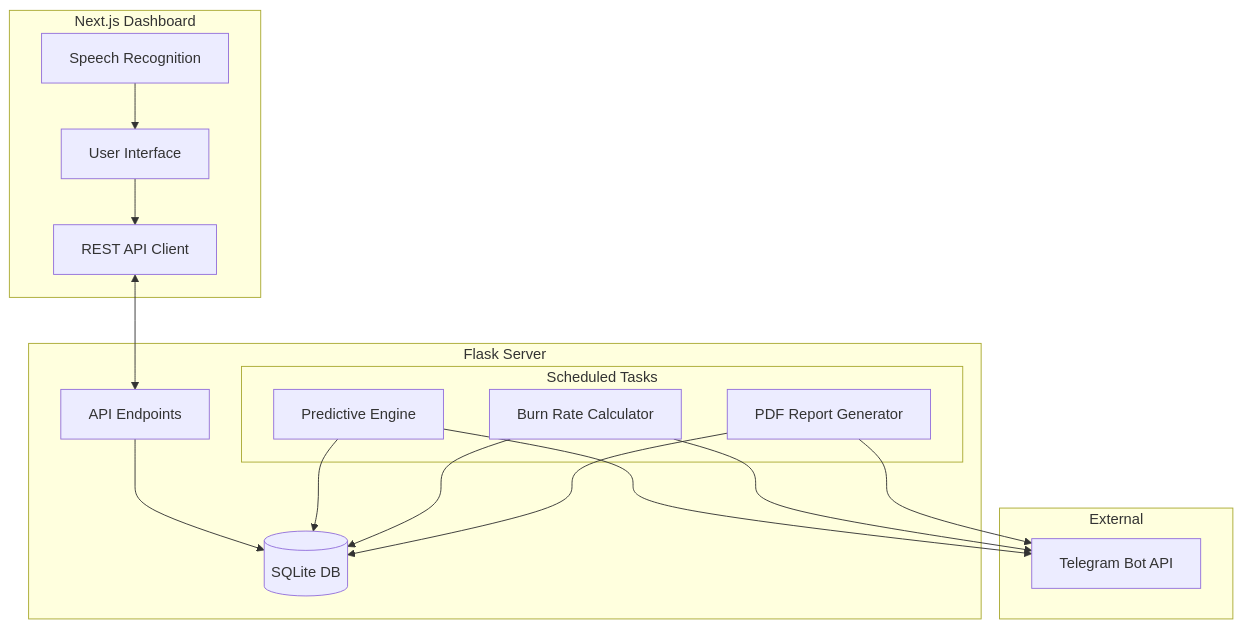
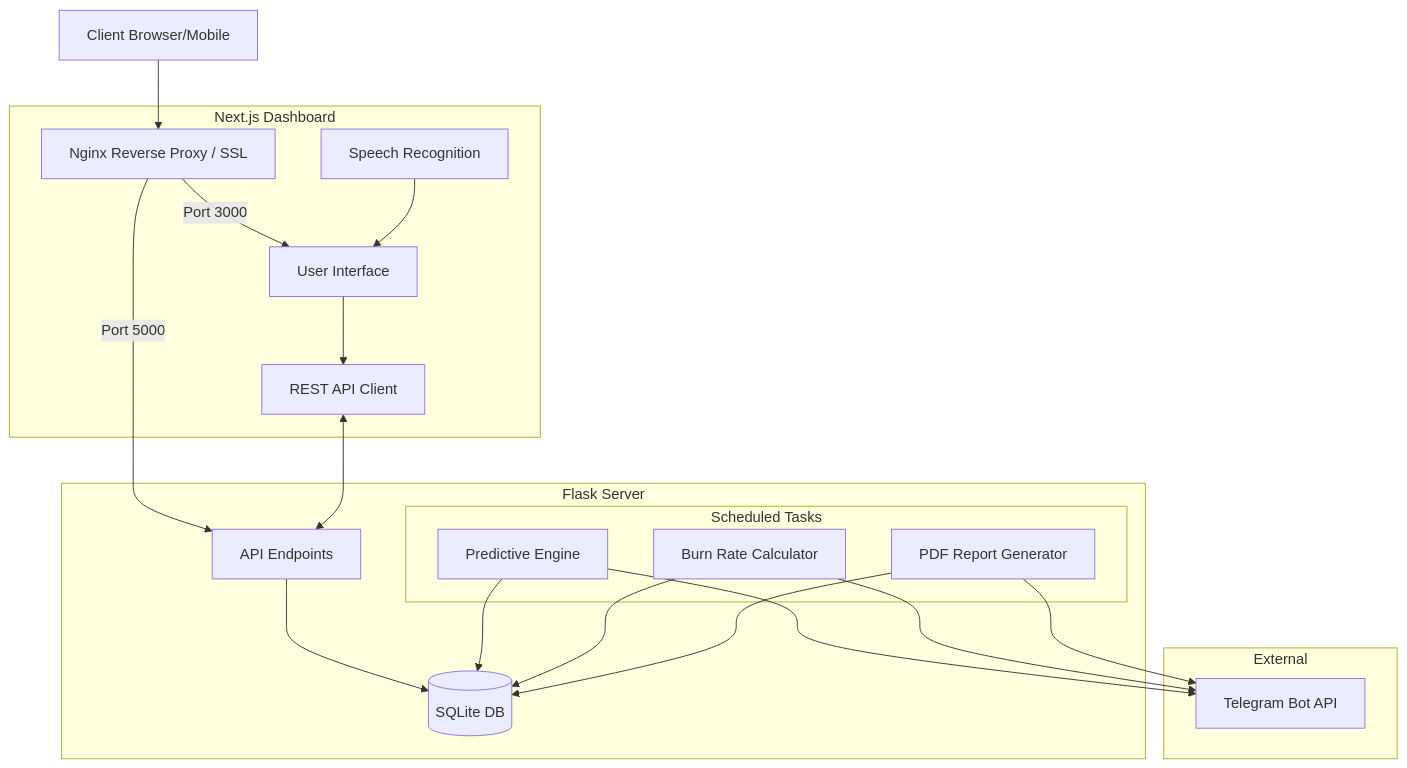
The first of 2 diagrams in README.md (Thatweirdguy1/industrial-management-cmms), drawn with Mermaid before and after one commit. The commit also changed other lines of this file, not shown here.

Commit message:
Update README with Nginx and SSL architecture

````diff
--- a/README.md
+++ b/README.md
@@ -31,30 +31,34 @@
 ```mermaid
 graph TD
+    Client[Client Browser/Mobile] --> Nginx[Nginx Reverse Proxy / SSL]
+    
     subgraph Frontend [Next.js Dashboard]
-        UI[User Interface] --> API_Calls[REST API Client]
+        Nginx -->|Port 3000| UI[User Interface]
+        UI --> API_Calls[REST API Client]
         Voice[Speech Recognition] --> UI
     end
 
     subgraph Backend [Flask Server]
-        API[API Endpoints] --> SQLite[(SQLite DB)]
+        Nginx -->|Port 5000| API[API Endpoints]
+        API --> SQLite[(SQLite DB)]
         
         subgraph Scheduled Tasks
             Predictive[Predictive Engine]
             Inventory[Burn Rate Calculator]
             PDF[PDF Report Generator]
         end
         
         Predictive --> SQLite
         Inventory --> SQLite
         PDF --> SQLite
     end
 
     subgraph External
         Telegram[Telegram Bot API]
     end
 
     API_Calls <--> API
     Predictive --> Telegram
     Inventory --> Telegram
     PDF --> Telegram
 ```
````
